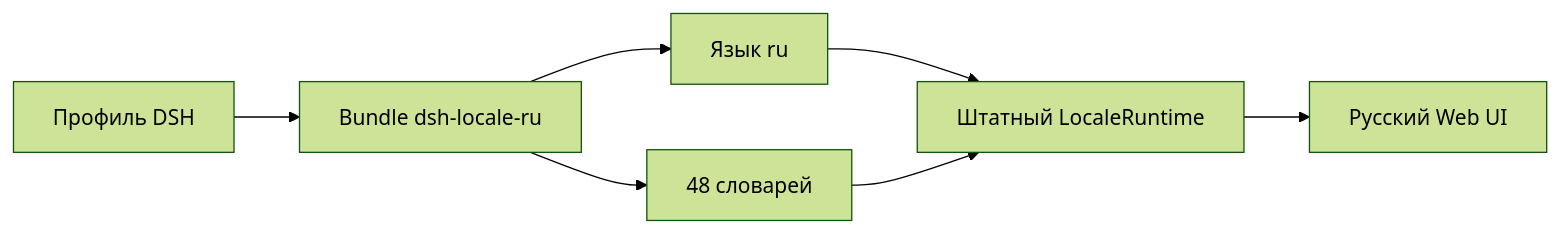
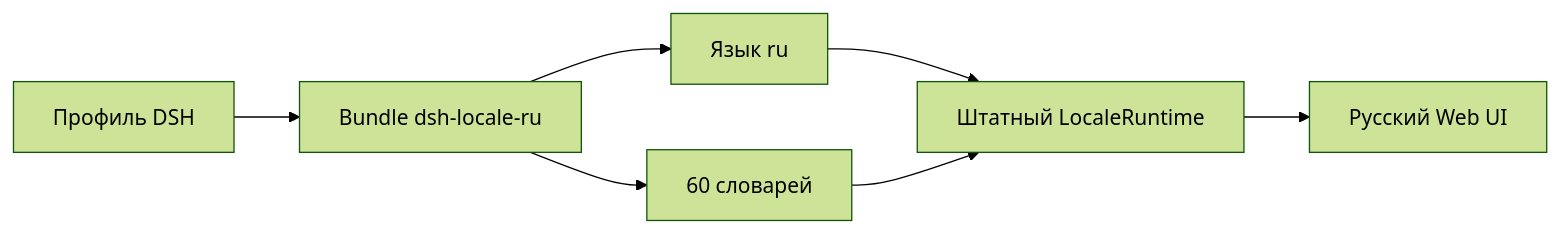
One commit to mskproger/dsh-locale-ru changed the diagram in README.md. Above: the diagram before and after it, drawn with Mermaid (forest theme). The commit also changed other lines of this file and 13 other files, not shown here.

````diff
--- a/README.md
+++ b/README.md
@@ -32,9 +32,9 @@
 ```mermaid
 flowchart LR
     A[Профиль DSH] --> B[Bundle dsh-locale-ru]
     B --> C[Язык ru]
-    B --> D[48 словарей]
+    B --> D[60 словарей]
     C --> E[Штатный LocaleRuntime]
     D --> E
     E --> F[Русский Web UI]
 ```
````
